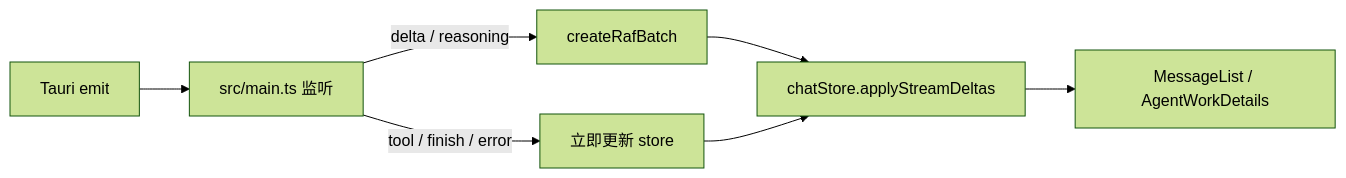
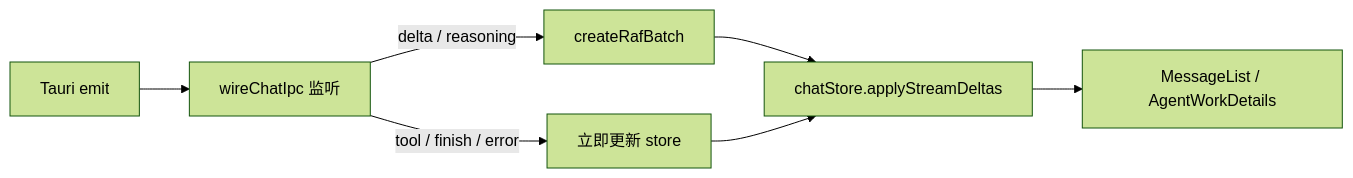
Before and after one commit to rururunu/Anya: the ninth of 18 diagrams in docs/architecture-overview.zh-CN.md, drawn with Mermaid (forest theme). The commit also changed other lines of this file and 86 other files, not shown here.

````diff
--- a/docs/architecture-overview.zh-CN.md
+++ b/docs/architecture-overview.zh-CN.md
@@ -337,9 +379,9 @@
 ```mermaid
 flowchart LR
-  Emit[Tauri emit] --> Listen[src/main.ts 监听]
+  Emit[Tauri emit] --> Listen[wireChatIpc 监听]
   Listen -->|delta / reasoning| RAF[createRafBatch]
   Listen -->|tool / finish / error| Sync[立即更新 store]
   RAF --> Store[chatStore.applyStreamDeltas]
   Sync --> Store
   Store --> UI[MessageList / AgentWorkDetails]
 ```
````
